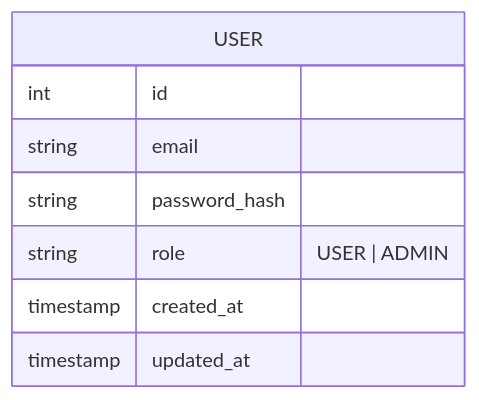
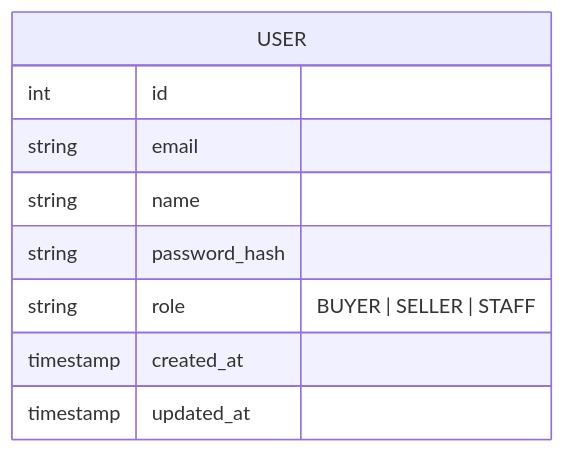
The diagram in code/backend/auth-service/README.md (Molrih004/car-auction-assignment-MouinSarhani), drawn with Mermaid before and after one commit. The commit also changed other lines of this file and 12 other files, not shown here.

Commit message:
Add buyer, seller and staff roles to auth service

````diff
--- a/code/backend/auth-service/README.md
+++ b/code/backend/auth-service/README.md
@@ -72,11 +74,12 @@
 ```mermaid
 erDiagram
     USER {
         int    id
         string email
+        string name
         string password_hash
-        string role  "USER | ADMIN"
+        string role  "BUYER | SELLER | STAFF"
         timestamp created_at
         timestamp updated_at
     }
 ```
````
